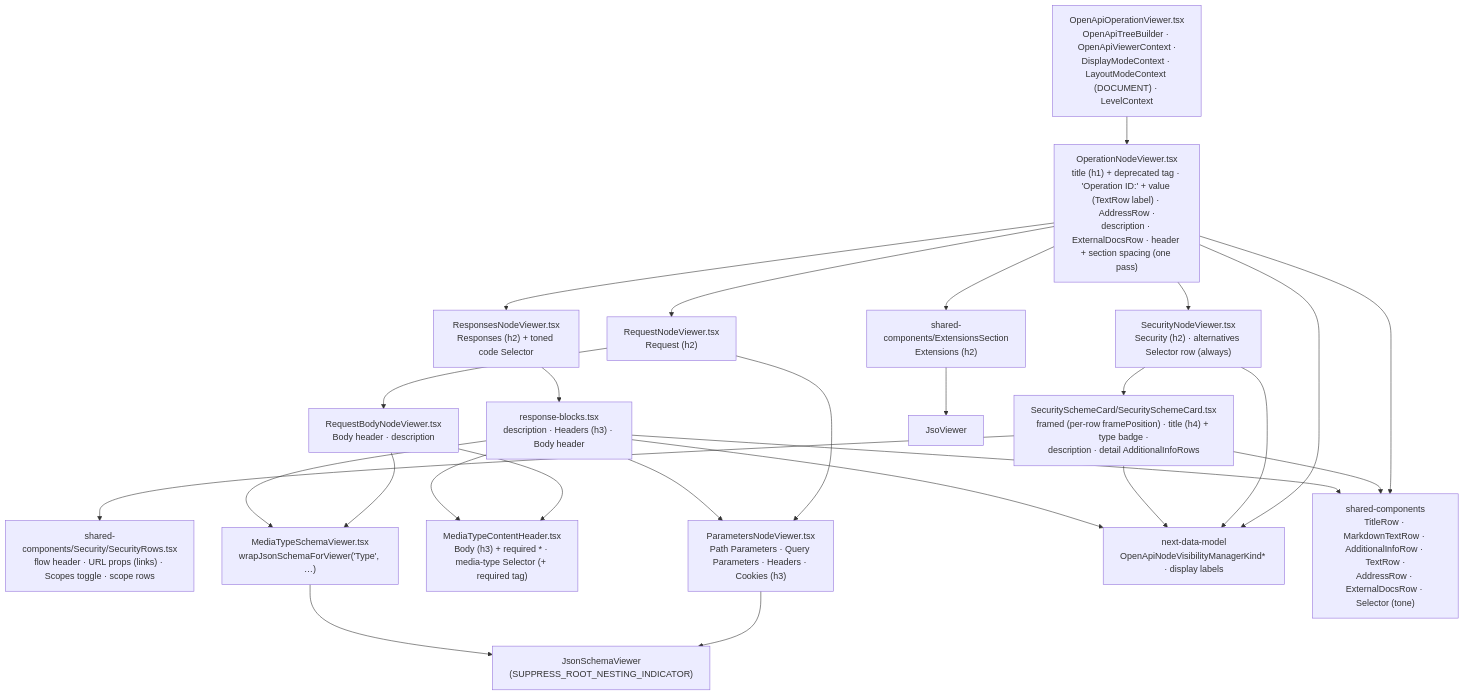
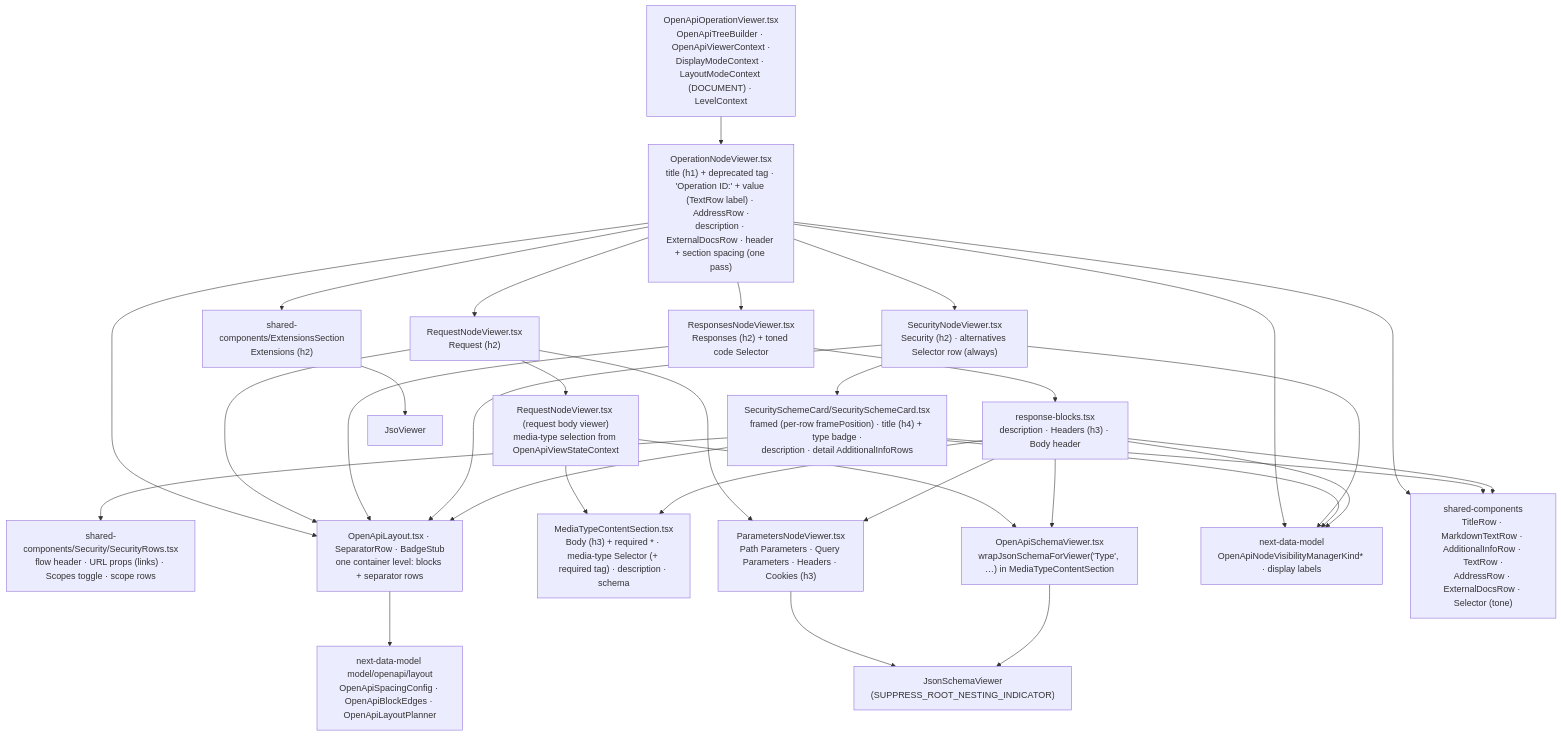
One commit to Netcracker/qubership-apihub-api-doc-viewer changed the diagram in docs/design/openapi/architecture/viewer-plain.md. Above: the diagram before and after it, drawn with Mermaid. The commit also changed 7 other files, not shown here.

````diff
--- a/docs/design/openapi/architecture/viewer-plain.md
+++ b/docs/design/openapi/architecture/viewer-plain.md
@@ -8,46 +8,54 @@
 ```mermaid
 flowchart TB
   Root["OpenApiOperationViewer.tsx<br/>OpenApiTreeBuilder · OpenApiViewerContext ·<br/>DisplayModeContext · LayoutModeContext (DOCUMENT) · LevelContext"]
   Operation["OperationNodeViewer.tsx<br/>title (h1) + deprecated tag · 'Operation ID:' + value (TextRow label) · AddressRow ·<br/>description · ExternalDocsRow · header + section spacing (one pass)"]
   Security["SecurityNodeViewer.tsx<br/>Security (h2) · alternatives Selector row (always)"]
   Card["SecuritySchemeCard/SecuritySchemeCard.tsx<br/>framed (per-row framePosition) · title (h4) + type badge ·<br/>description · detail AdditionalInfoRows"]
   Flow["shared-components/Security/SecurityRows.tsx<br/>flow header · URL props (links) · Scopes toggle · scope rows"]
   Extensions["shared-components/ExtensionsSection<br/>Extensions (h2)"]
   Request["RequestNodeViewer.tsx<br/>Request (h2)"]
   Params["ParametersNodeViewer.tsx<br/>Path Parameters · Query Parameters · Headers · Cookies (h3)"]
-  Body["RequestBodyNodeViewer.tsx<br/>Body header · description"]
-  BodyHeader["MediaTypeContentHeader.tsx<br/>Body (h3) + required * · media-type Selector (+ required tag)"]
+  Body["RequestNodeViewer.tsx (request body viewer)<br/>media-type selection from OpenApiViewStateContext"]
+  BodyHeader["MediaTypeContentSection.tsx<br/>Body (h3) + required * · media-type Selector (+ required tag) · description · schema"]
   Responses["ResponsesNodeViewer.tsx<br/>Responses (h2) + toned code Selector"]
   Response["response-blocks.tsx<br/>description · Headers (h3) · Body header"]
-  MediaSchema["MediaTypeSchemaViewer.tsx<br/>wrapJsonSchemaForViewer('Type', …)"]
+  MediaSchema["OpenApiSchemaViewer.tsx<br/>wrapJsonSchemaForViewer('Type', …) in MediaTypeContentSection"]
+  Layout["OpenApiLayout.tsx · SeparatorRow · BadgeStub<br/>one container level: blocks + separator rows"]
+  LayoutData["next-data-model model/openapi/layout<br/>OpenApiSpacingConfig · OpenApiBlockEdges · OpenApiLayoutPlanner"]
   Visibility["next-data-model<br/>OpenApiNodeVisibilityManagerKind* · display labels"]
   JsonSchema["JsonSchemaViewer<br/>(SUPPRESS_ROOT_NESTING_INDICATOR)"]
   Jso["JsoViewer"]
   SharedRows["shared-components<br/>TitleRow · MarkdownTextRow · AdditionalInfoRow · TextRow ·<br/>AddressRow · ExternalDocsRow · Selector (tone)"]
 
   Root --> Operation
   Operation --> Security
   Operation --> Extensions
   Operation --> Request
   Operation --> Responses
   Security --> Card
   Card --> Flow
   Request --> Params
   Request --> Body
   Body --> BodyHeader
   Body --> MediaSchema
   Responses --> Response
   Response --> Params
   Response --> BodyHeader
   Response --> MediaSchema
   Params --> JsonSchema
   MediaSchema --> JsonSchema
   Extensions --> Jso
   Operation --> Visibility
   Security --> Visibility
   Card --> Visibility
   Response --> Visibility
   Operation --> SharedRows
   Card --> SharedRows
   Response --> SharedRows
+  Operation --> Layout
+  Request --> Layout
+  Responses --> Layout
+  Security --> Layout
+  Card --> Layout
+  Layout --> LayoutData
 ```
````
